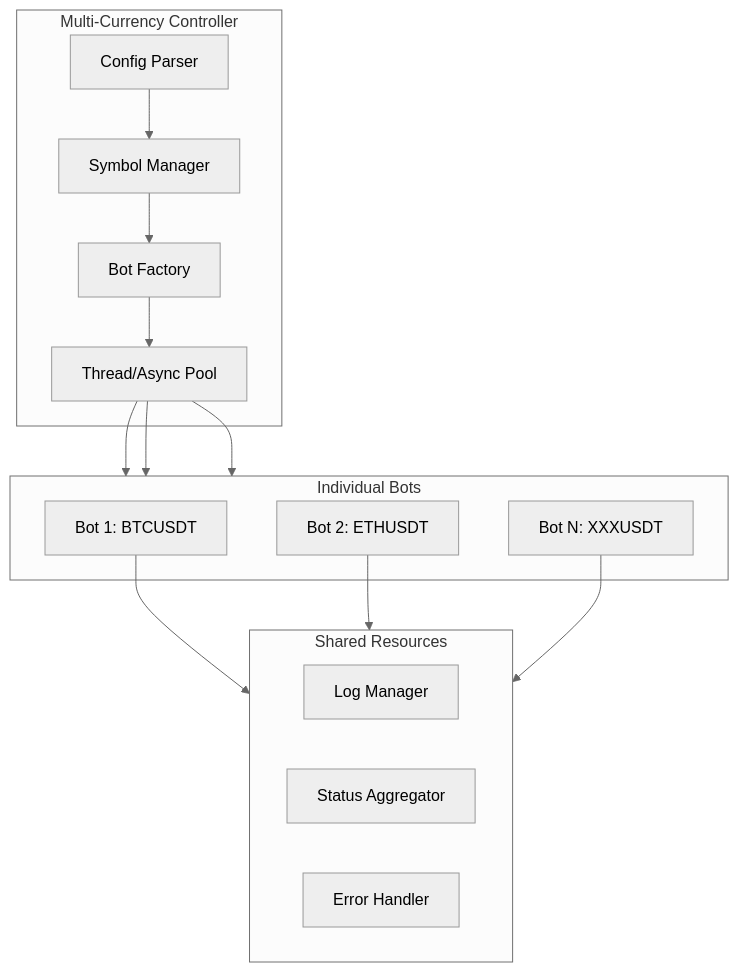
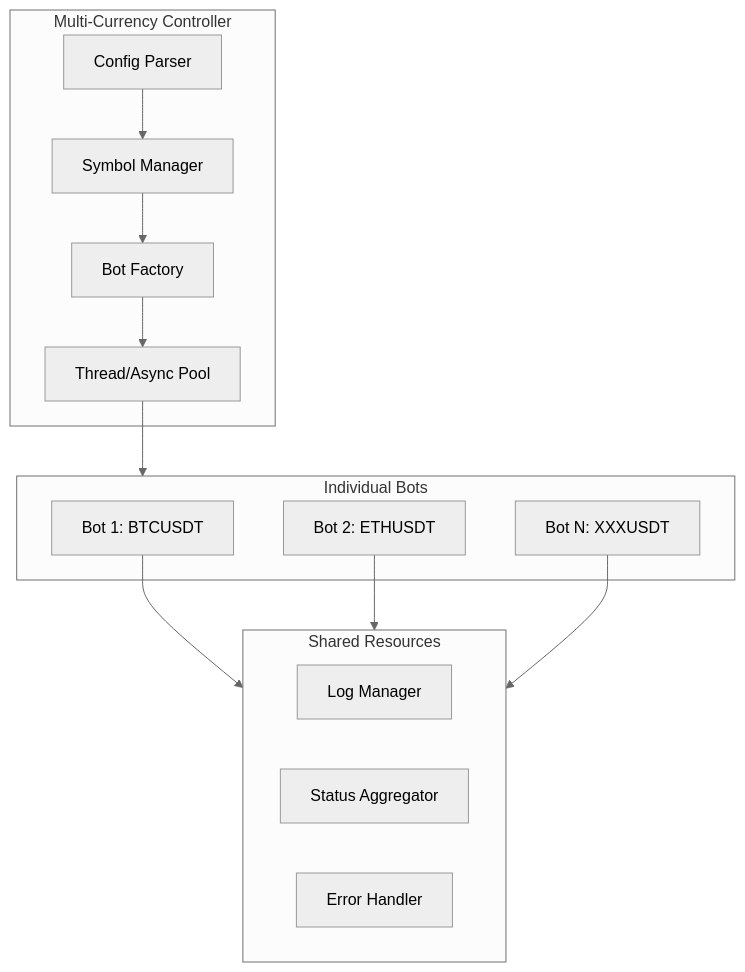
The third of 4 diagrams in README.md (aoooeg/AS-Grid), drawn with Mermaid (neutral theme) before and after one commit. The commit also changed other lines of this file and 1 other file, not shown here.

Commit message:
Add Buy Me a Coffee link

````diff
--- a/README.md
+++ b/README.md
@@ -129,25 +131,25 @@
 ```mermaid
 flowchart TB
     subgraph Controller["Multi-Currency Controller"]
         A2[Config Parser] --> B2[Symbol Manager]
         B2 --> C2[Bot Factory]
         C2 --> D2[Thread/Async Pool]
     end
 
     subgraph Bots["Individual Bots"]
         E2[Bot 1: BTCUSDT]
         F2[Bot 2: ETHUSDT]
         G2[Bot N: XXXUSDT]
     end
 
     subgraph Shared["Shared Resources"]
         H2[Log Manager]
         I2[Status Aggregator]
         J2[Error Handler]
     end
 
-    D2 --> Bots & Bots & Bots
+    D2 --> Bots
     E2 --> Shared
     F2 --> Shared
     G2 --> Shared
 ```
````
